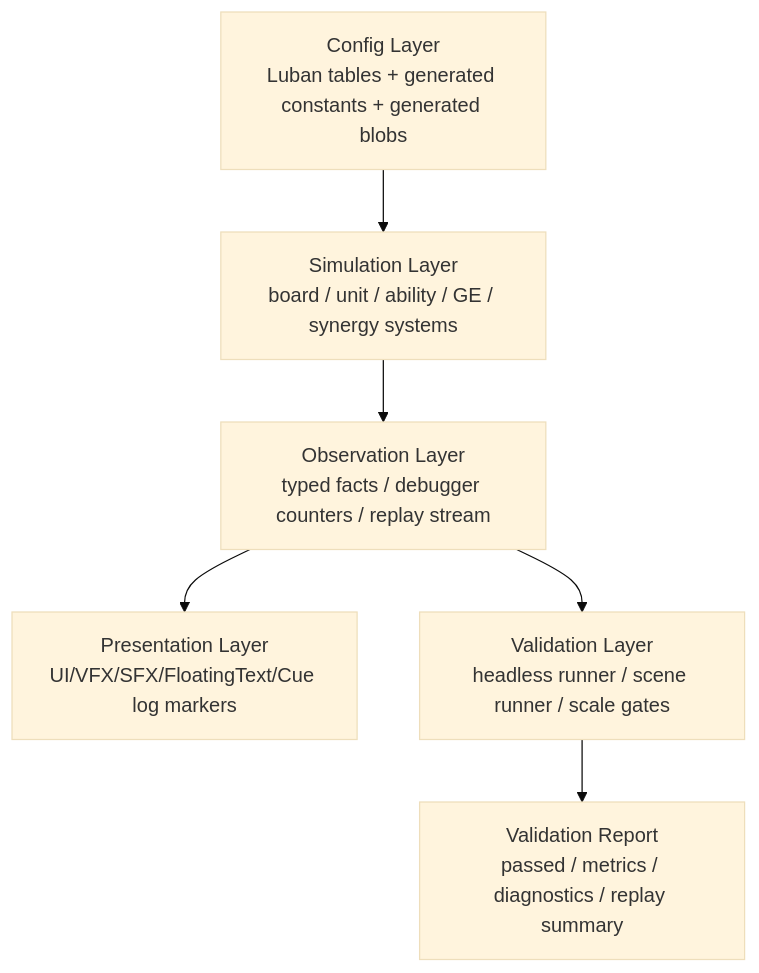
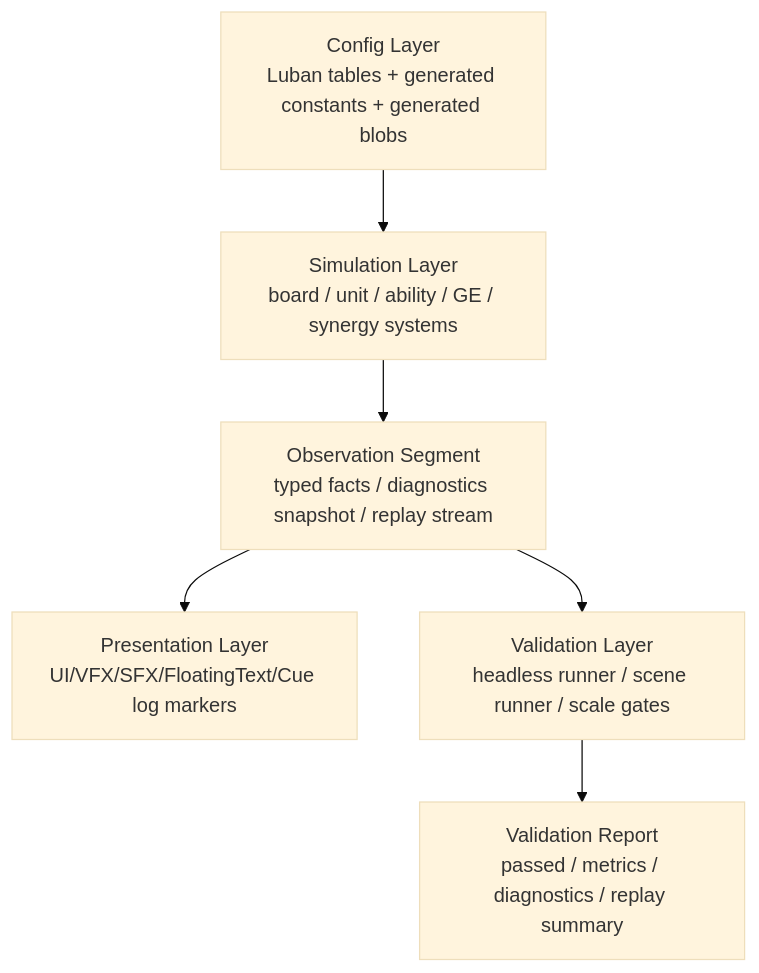
Before and after one commit to Bo-ki/gameplay-ability-system-for-unity: the first of 3 diagrams in 方案讨论/针对2.0的ECS架构的迭代方案讨论/01-目标态架构共识/10-AutoChess无头验收Spec.md, drawn with Mermaid (base theme). The commit also changed other lines of this file and 72 other files, not shown here.

````diff
--- a/方案讨论/针对2.0的ECS架构的迭代方案讨论/01-目标态架构共识/10-AutoChess无头验收Spec.md
+++ b/方案讨论/针对2.0的ECS架构的迭代方案讨论/01-目标态架构共识/10-AutoChess无头验收Spec.md
@@ -99,8 +106,8 @@
 ```mermaid
 flowchart TD
     Config["Config Layer\nLuban tables + generated constants + generated blobs"] --> Sim["Simulation Layer\nboard / unit / ability / GE / synergy systems"]
-    Sim --> Obs["Observation Layer\ntyped facts / debugger counters / replay stream"]
+    Sim --> Obs["Observation Segment\ntyped facts / diagnostics snapshot / replay stream"]
     Obs --> Pres["Presentation Layer\nUI/VFX/SFX/FloatingText/Cue log markers"]
     Obs --> Val["Validation Layer\nheadless runner / scene runner / scale gates"]
     Val --> Report["Validation Report\npassed / metrics / diagnostics / replay summary"]
 ```
````
